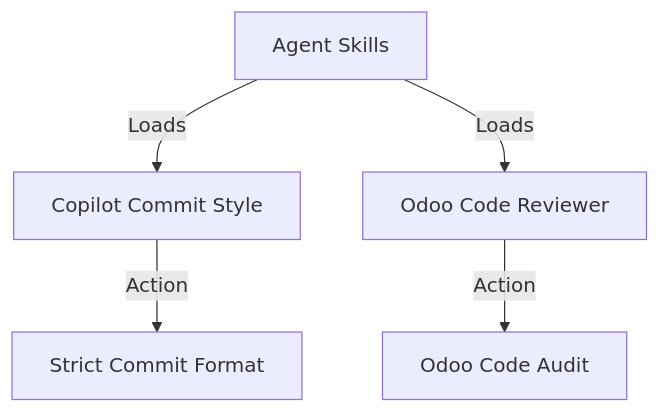
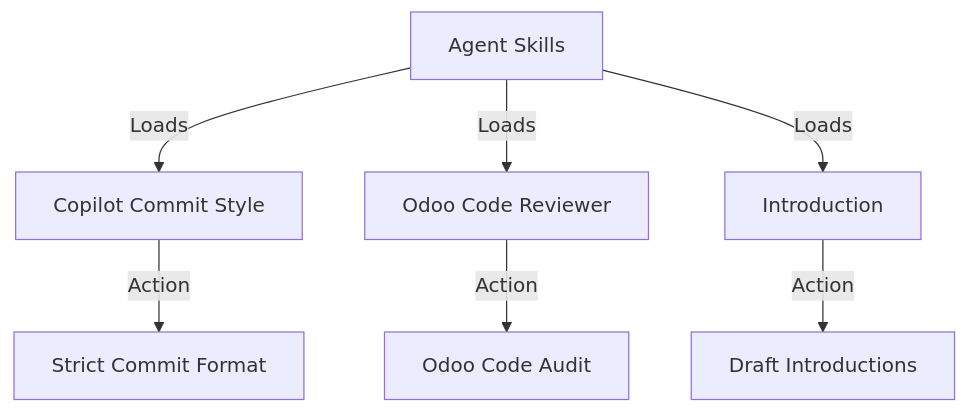
Before and after one commit to nguyenhuy158/skills: the first of 4 diagrams in README.md, drawn with Mermaid. The commit also changed other lines of this file and 1 other file, not shown here.

First line of the commit message:
✨ feat(introduction): add introduction skill for drafting bios and project overviews

````diff
--- a/README.md
+++ b/README.md
@@ -5,8 +5,10 @@
 ```mermaid
 graph TD
     Repo[Agent Skills] -->|Loads| Skill1[Copilot Commit Style]
     Repo -->|Loads| Skill2[Odoo Code Reviewer]
-    
+    Repo -->|Loads| Skill3[Introduction]
+
     Skill1 -->|Action| Enforce[Strict Commit Format]
     Skill2 -->|Action| Audit[Odoo Code Audit]
+    Skill3 -->|Action| Introduce[Draft Introductions]
 ```
````
